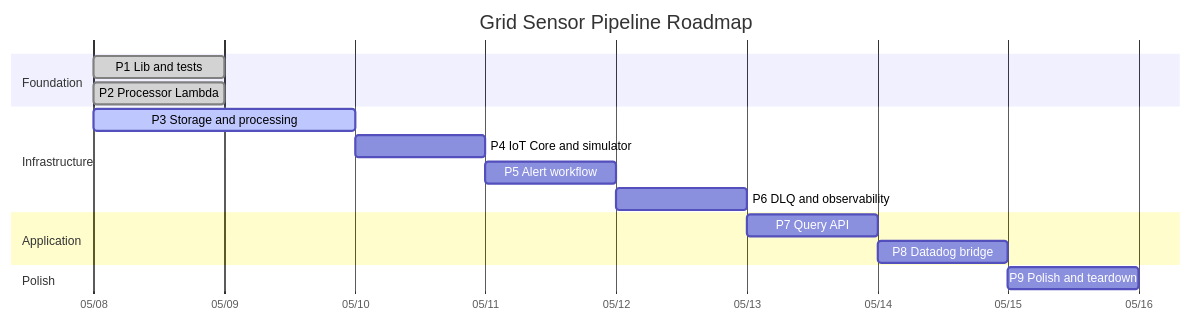
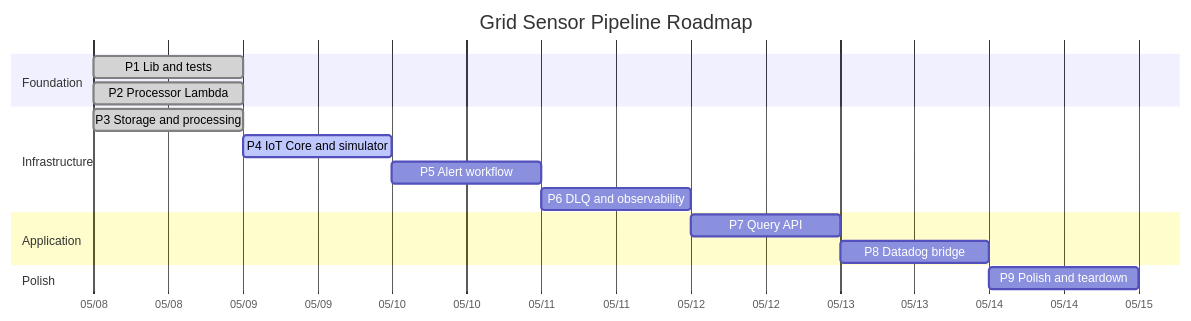
One commit to amusto/Grid-Sensor-Pipeline changed the diagram in ROADMAP.md. Above: the diagram before and after it, drawn with Mermaid. The commit also changed other lines of this file and 8 other files, not shown here.

````diff
--- a/ROADMAP.md
+++ b/ROADMAP.md
@@ -57,19 +57,19 @@
 ```mermaid
 gantt
     title Grid Sensor Pipeline Roadmap
     dateFormat YYYY-MM-DD
     axisFormat %m/%d
     section Foundation
     P1 Lib and tests              :done,   p1, 2026-05-08, 1d
     P2 Processor Lambda           :done,   p2, 2026-05-08, 1d
     section Infrastructure
-    P3 Storage and processing     :active, p3, 2026-05-08, 2d
-    P4 IoT Core and simulator     :        p4, after p3, 1d
+    P3 Storage and processing     :done,   p3, 2026-05-08, 1d
+    P4 IoT Core and simulator     :active, p4, after p3, 1d
     P5 Alert workflow             :        p5, after p4, 1d
     P6 DLQ and observability      :        p6, after p5, 1d
     section Application
     P7 Query API                  :        p7, after p6, 1d
     P8 Datadog bridge             :        p8, after p7, 1d
     section Polish
     P9 Polish and teardown        :        p9, after p8, 1d
 ```
````
